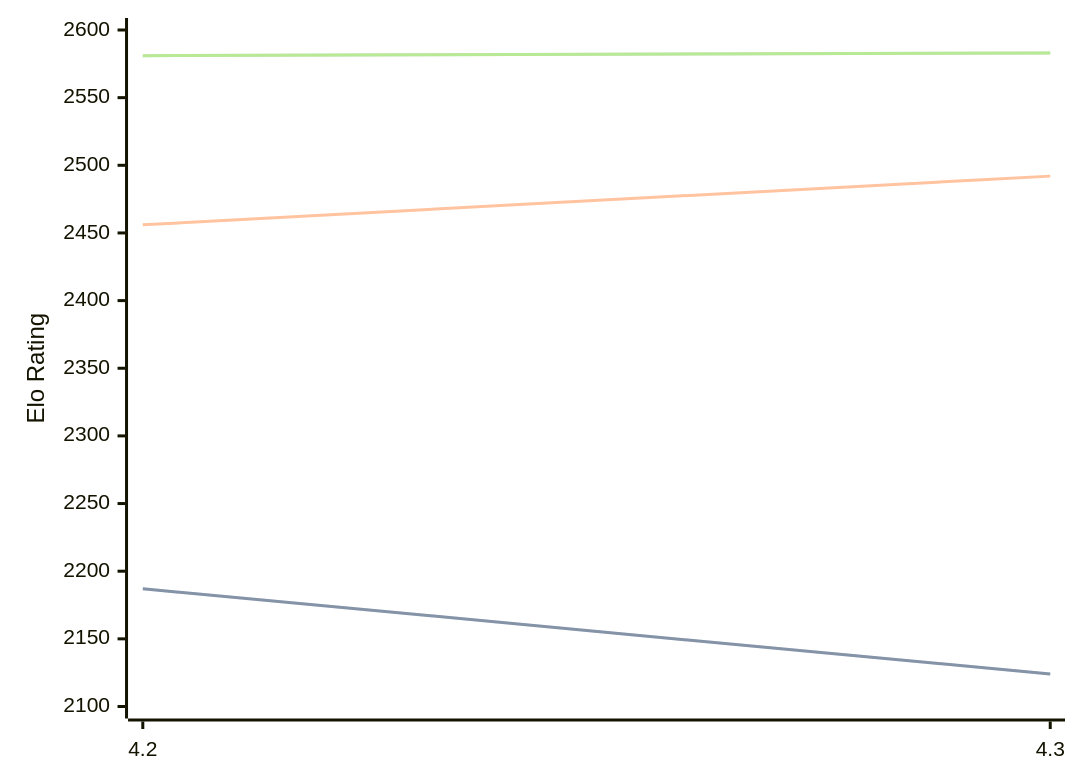
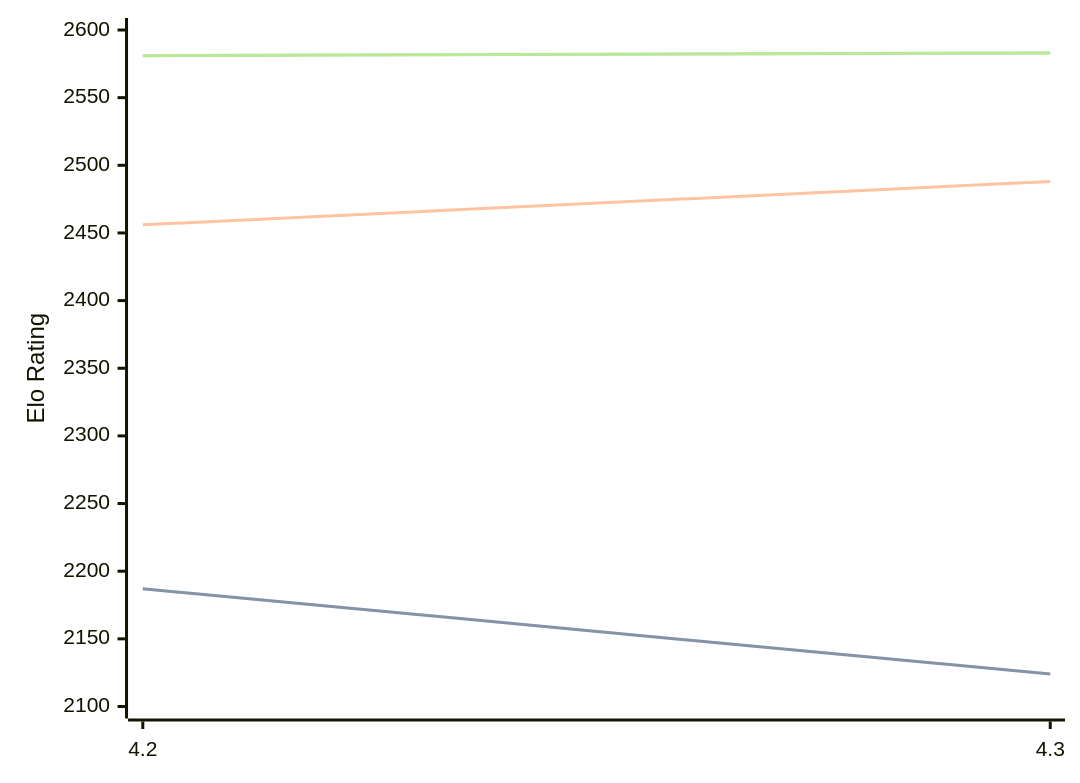
One commit to computer-chess-index/cci changed the diagram in engines/Eubos.md. Above: the diagram before and after it, drawn with Mermaid. The commit also changed other lines of this file, not shown here.

````diff
--- a/engines/Eubos.md
+++ b/engines/Eubos.md
@@ -88,11 +88,11 @@
 ```mermaid
 %%{init: {"theme":"base","themeVariables":{"seriesColors:['#a3a3a3','#222221','#faa371']}}}%%
 xychart-beta
   x-axis ["4.2", "4.3"]
   y-axis "Elo Rating" 2100 --> 2600
   line "STC (8.0+0.08s)" [2187, 2124]
   line "STC (8.0+0.08s)" [2187, 2124]
-  line "LTC (60.0+0.60s)" [2456, 2492]
+  line "LTC (60.0+0.60s)" [2456, 2488]
   line "VLTC (2m24s+1.12s)" [2581, 2583]
   line "VLTC (2m24s+1.12s)" [2581, 2583]
 ```
````
